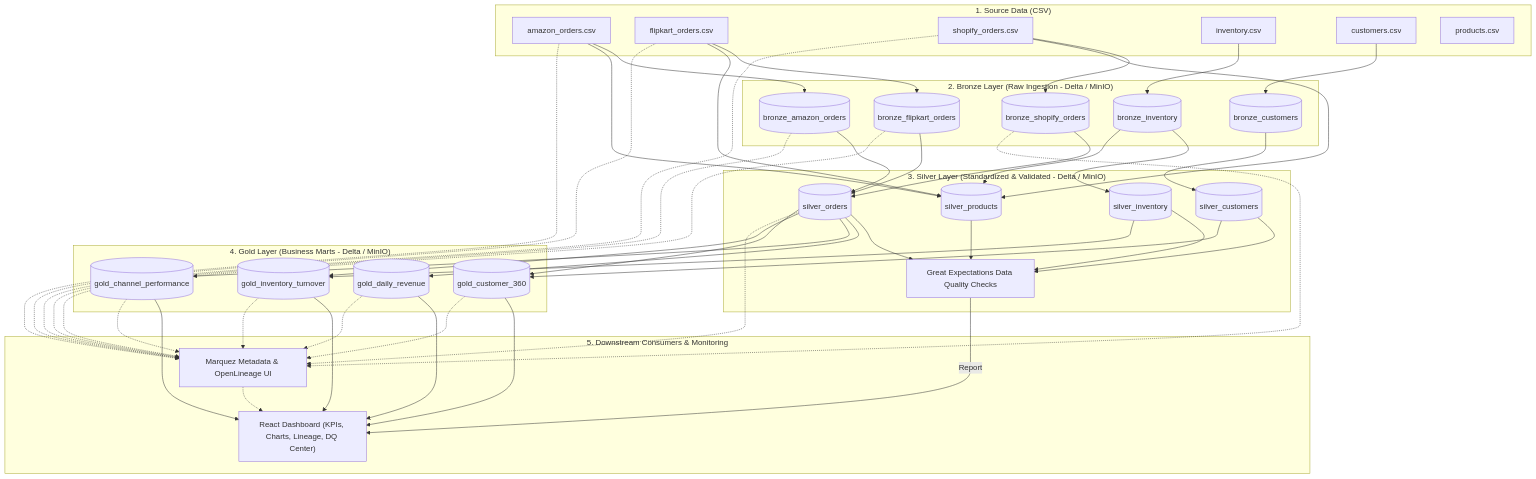
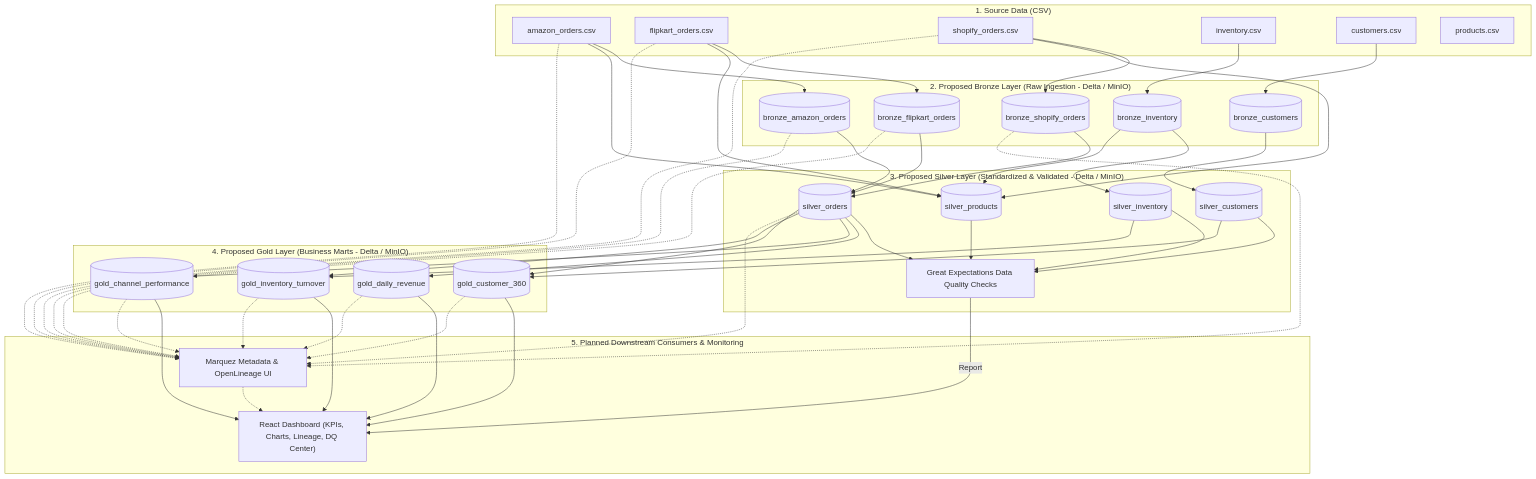
Before and after one commit to Madhavhk04/CartCo: the diagram in README.md, drawn with Mermaid. The commit also changed other lines of this file, not shown here.

````diff
--- a/README.md
+++ b/README.md
@@ -17,72 +16,72 @@
 ```mermaid
 graph TD
     %% Source Layer
     subgraph "1. Source Data (CSV)"
         S1["amazon_orders.csv"]
         S2["flipkart_orders.csv"]
         S3["shopify_orders.csv"]
         S4["inventory.csv"]
         S5["customers.csv"]
         S6["products.csv"]
     end
 
     %% Bronze Layer
-    subgraph "2. Bronze Layer (Raw Ingestion - Delta / MinIO)"
+    subgraph "2. Proposed Bronze Layer (Raw Ingestion - Delta / MinIO)"
         B1[("bronze_amazon_orders")]
         B2[("bronze_flipkart_orders")]
         B3[("bronze_shopify_orders")]
         B4[("bronze_inventory")]
         B5[("bronze_customers")]
     end
 
     %% Silver Layer
-    subgraph "3. Silver Layer (Standardized & Validated - Delta / MinIO)"
+    subgraph "3. Proposed Silver Layer (Standardized & Validated - Delta / MinIO)"
         S_Ord[("silver_orders")]
         S_Cust[("silver_customers")]
         S_Prod[("silver_products")]
         S_Inv[("silver_inventory")]
         GE["Great Expectations Data Quality Checks"]
     end
 
     %% Gold Layer
-    subgraph "4. Gold Layer (Business Marts - Delta / MinIO)"
+    subgraph "4. Proposed Gold Layer (Business Marts - Delta / MinIO)"
         G1[("gold_daily_revenue")]
         G2[("gold_channel_performance")]
         G3[("gold_customer_360")]
         G4[("gold_inventory_turnover")]
     end
 
     %% Analytics & Observability
-    subgraph "5. Downstream Consumers & Monitoring"
+    subgraph "5. Planned Downstream Consumers & Monitoring"
         DB["React Dashboard (KPIs, Charts, Lineage, DQ Center)"]
         MQ["Marquez Metadata & OpenLineage UI"]
     end
 
     %% Ingestion Flow
     S1 --> B1
     S2 --> B2
     S3 --> B3
     S4 --> B4
     S5 --> B5
 
     %% Silver Processing
     B1 & B2 & B3 --> S_Ord
     B5 --> S_Cust
     B4 --> S_Inv
     S1 & S2 & S3 & B4 --> S_Prod
 
     %% Validation Flow
     S_Ord & S_Cust & S_Inv & S_Prod --> GE
     GE --> |Report| DB
 
     %% Gold Aggregations
     S_Ord --> G1
     S_Ord --> G2
     S_Ord & S_Cust --> G3
     S_Inv & S_Ord --> G4
 
     %% Visualizations & Lineage
     G1 & G2 & G3 & G4 --> DB
     S1 & S2 & S3 & B1 & B2 & B3 & S_Ord & G1 & G2 & G3 & G4 -.-> MQ
     MQ -.-> DB
 ```
````
